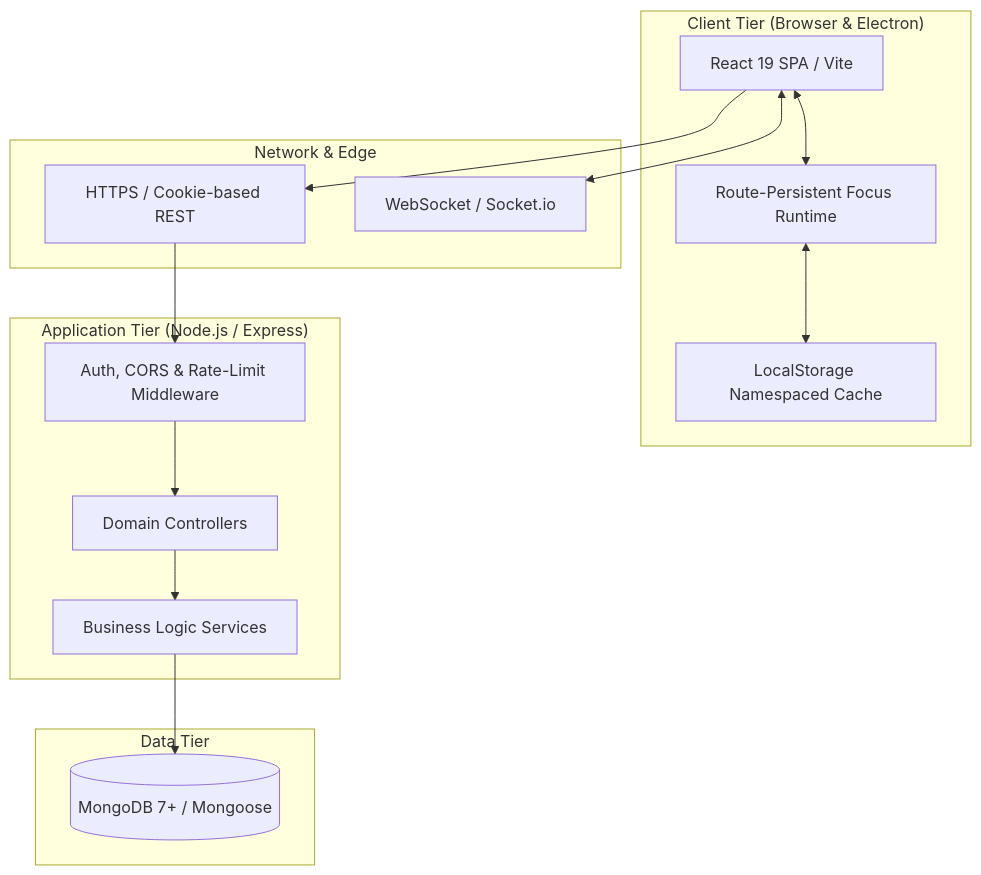
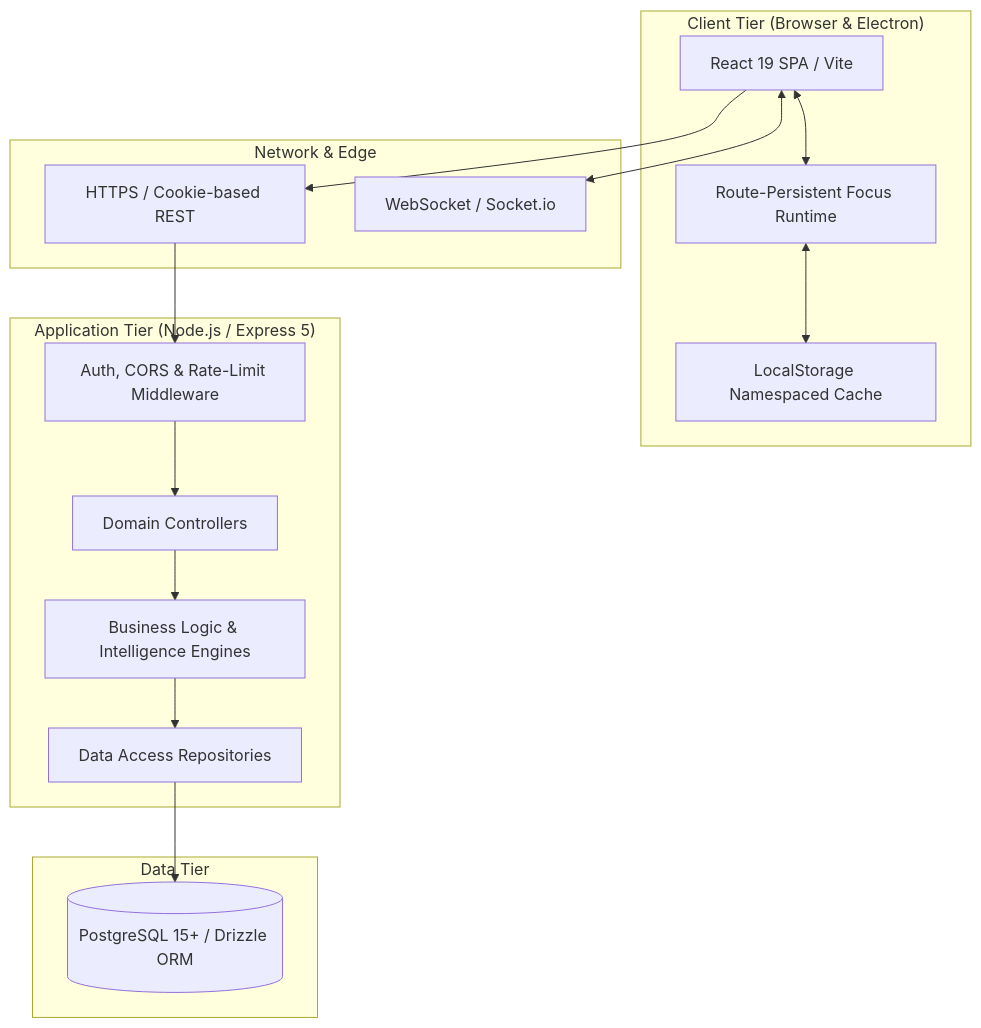
One commit to Bookinheaven/Athena changed the diagram in Documentation/02 - Architecture/System Architecture.md. Above: the diagram before and after it, drawn with Mermaid. The commit also changed other lines of this file and 28 other files, not shown here.

First line of the commit message:
refactor(architecture): migrate to Express 5, PostgreSQL, and Drizzle OR

````diff
--- a/Documentation/02 - Architecture/System Architecture.md
+++ b/Documentation/02 - Architecture/System Architecture.md
@@ -9,32 +9,34 @@
 ```mermaid
 graph TB
     subgraph Client Tier ["Client Tier (Browser & Electron)"]
         UI[React 19 SPA / Vite]
         Runtime[Route-Persistent Focus Runtime]
         Storage[LocalStorage Namespaced Cache]
     end
 
     subgraph Edge & Transport ["Network & Edge"]
         HTTP[HTTPS / Cookie-based REST]
         WS[WebSocket / Socket.io]
     end
 
-    subgraph Application Tier ["Application Tier (Node.js / Express)"]
+    subgraph Application Tier ["Application Tier (Node.js / Express 5)"]
         MW[Auth, CORS & Rate-Limit Middleware]
         Controllers[Domain Controllers]
-        Services[Business Logic Services]
+        Services[Business Logic & Intelligence Engines]
+        Repos[Data Access Repositories]
     end
 
     subgraph Data Tier ["Data Tier"]
-        Mongo[(MongoDB 7+ / Mongoose)]
+        Postgres[(PostgreSQL 15+ / Drizzle ORM)]
     end
 
     UI <--> Runtime
     Runtime <--> Storage
     UI --> HTTP
     UI <--> WS
     HTTP --> MW
     MW --> Controllers
     Controllers --> Services
-    Services --> Mongo
+    Services --> Repos
+    Repos --> Postgres
 ```
````
